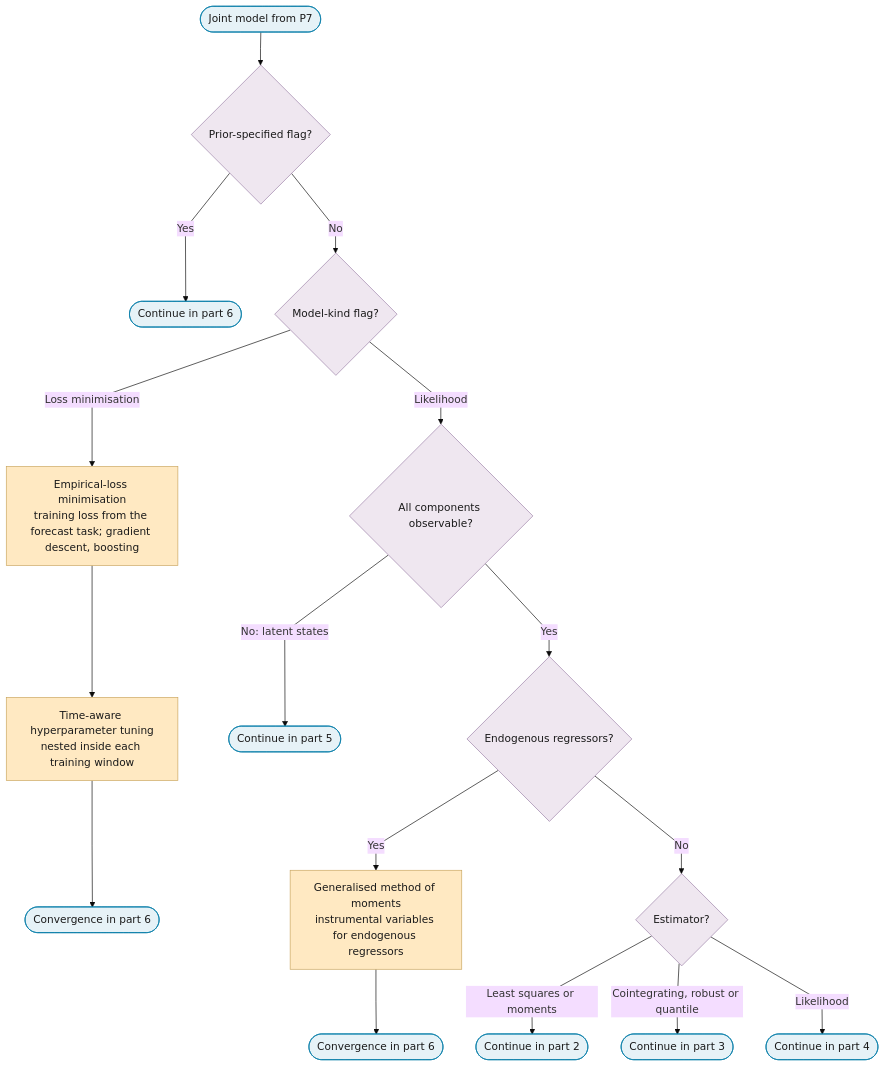
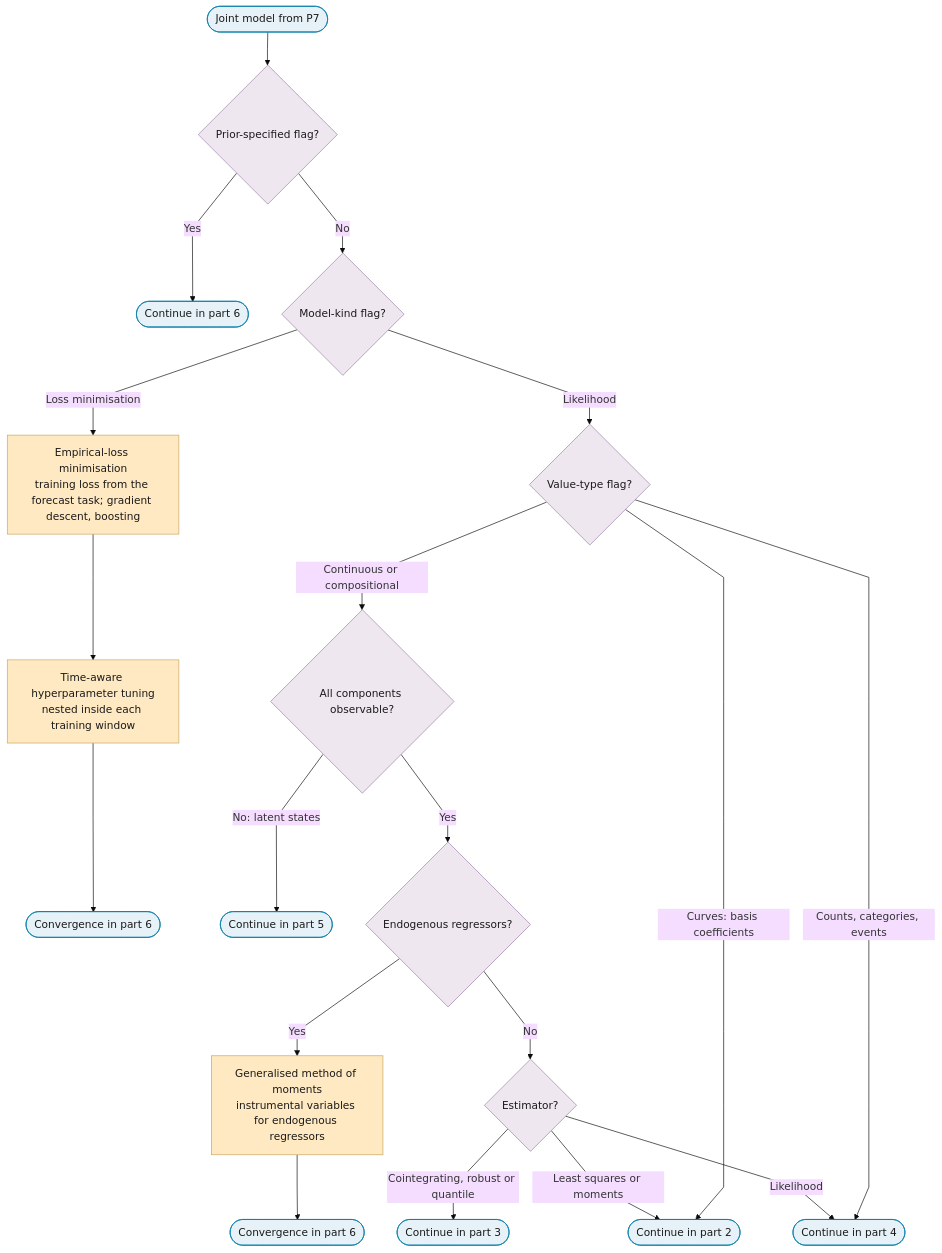
The first of 6 diagrams in docs/01-workflow/p08-estimation.md (Shuxin-Y/time-series-analysis-manual), drawn with Mermaid (base theme) before and after one commit. The commit also changed 10 other files, not shown here.

First line of the commit message:
fix(spine): route by value type and structure at every phase; one sampling flag

````diff
--- a/docs/01-workflow/p08-estimation.md
+++ b/docs/01-workflow/p08-estimation.md
@@ -11,30 +11,33 @@
 ```mermaid
 %%{init: {"flowchart": {"curve": "linear"}}}%%
 graph TD
     P8_IN(["Joint model from P7"]) --> P8_PRIOR_Q{"Prior-specified flag?"}
     P8_PRIOR_Q -->|"Yes"| P8_TO_PART_6(["Continue in part 6"])
     P8_PRIOR_Q -->|"No"| P8_KIND_Q{"Model-kind flag?"}
     P8_KIND_Q -->|"Loss minimisation"| P8_EMPIRICAL_LOSS["Empirical-loss minimisation<br/>training loss from the forecast task; gradient descent, boosting"]
-    P8_KIND_Q -->|"Likelihood"| P8_OBSERVABLE{"All components observable?"}
+    P8_KIND_Q -->|"Likelihood"| P8_TYPE{"Value-type flag?"}
+    P8_TYPE -->|"Continuous or compositional"| P8_OBSERVABLE{"All components observable?"}
+    P8_TYPE -->|"Counts, categories, events"| P8_TO_PART_4
+    P8_TYPE -->|"Curves: basis coefficients"| P8_TO_PART_2
     P8_EMPIRICAL_LOSS --> P8_HYPERPARAMETERS["Time-aware hyperparameter tuning<br/>nested inside each training window"]
     P8_HYPERPARAMETERS --> P8_LOSS_TO_PART_6(["Convergence in part 6"])
     P8_OBSERVABLE -->|"No: latent states"| P8_TO_PART_5(["Continue in part 5"])
     P8_OBSERVABLE -->|"Yes"| P8_ENDOGENOUS{"Endogenous regressors?"}
     P8_ENDOGENOUS -->|"Yes"| P8_GMM["Generalised method of moments<br/>instrumental variables for endogenous regressors"]
     P8_ENDOGENOUS -->|"No"| P8_FAMILY{"Estimator?"}
     P8_GMM --> P8_GMM_TO_PART_6(["Convergence in part 6"])
     P8_FAMILY -->|"Least squares or moments"| P8_TO_PART_2(["Continue in part 2"])
     P8_FAMILY -->|"Cointegrating, robust or quantile"| P8_TO_PART_3(["Continue in part 3"])
     P8_FAMILY -->|"Likelihood"| P8_TO_PART_4(["Continue in part 4"])
     class P8_EMPIRICAL_LOSS,P8_HYPERPARAMETERS,P8_GMM escalate
     class P8_IN,P8_TO_PART_6,P8_LOSS_TO_PART_6,P8_TO_PART_5,P8_GMM_TO_PART_6,P8_TO_PART_2,P8_TO_PART_3,P8_TO_PART_4 terminator
-    class P8_PRIOR_Q,P8_KIND_Q,P8_OBSERVABLE,P8_ENDOGENOUS,P8_FAMILY decision
+    class P8_PRIOR_Q,P8_KIND_Q,P8_TYPE,P8_OBSERVABLE,P8_ENDOGENOUS,P8_FAMILY decision
     classDef terminator fill:#E6F2F7,stroke:#007BA7,color:#1A1A1A;
     classDef process fill:#FFFFFF,stroke:#5A6B73,color:#1A1A1A;
     classDef decision fill:#EFE7F0,stroke:#9B7FA7,color:#1A1A1A;
     classDef data fill:#FFF4E0,stroke:#C9A55E,color:#1A1A1A;
     classDef good fill:#DCEFD8,stroke:#4A7A3F,color:#1A1A1A;
     classDef escalate fill:#FFE9C2,stroke:#C9A55E,color:#1A1A1A;
     classDef problem fill:#F2D9DE,stroke:#800020,color:#1A1A1A;
     classDef ref fill:#F7F7F7,stroke:#5A6B73,color:#1A1A1A,stroke-dasharray:4 3;
 ```
````
